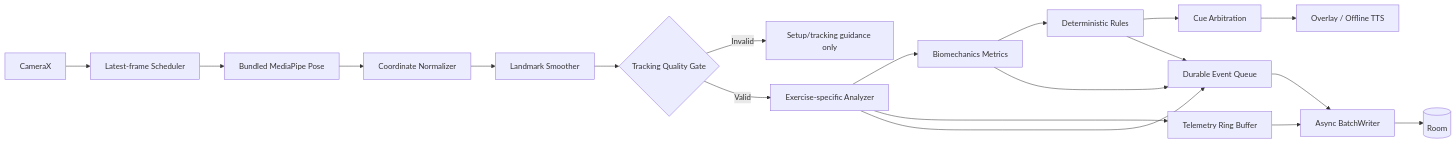
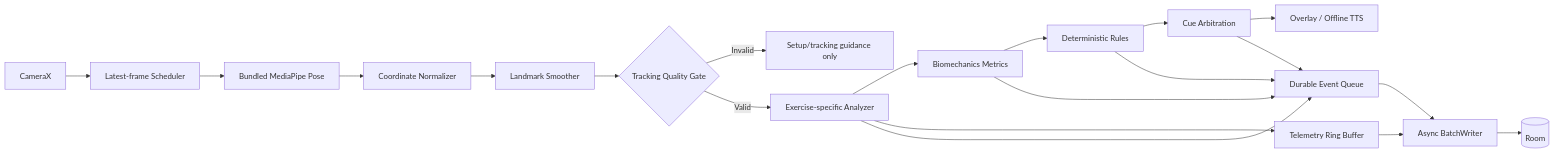
The sixth of 7 diagrams in docs/uml/OVERVIEW.md (lazerta/gym-buddy), drawn with Mermaid before and after one commit. The commit also changed other lines of this file, not shown here.

Commit message:
UML v0.6: sync overview with final review candidate

````diff
--- a/docs/uml/OVERVIEW.md
+++ b/docs/uml/OVERVIEW.md
@@ -307,22 +330,23 @@
 ```mermaid
 flowchart LR
     C[CameraX] --> F[Latest-frame Scheduler]
     F --> P[Bundled MediaPipe Pose]
     P --> N[Coordinate Normalizer]
     N --> S[Landmark Smoother]
     S --> G{Tracking Quality Gate}
     G -- Invalid --> X[Setup/tracking guidance only]
     G -- Valid --> A[Exercise-specific Analyzer]
     A --> M[Biomechanics Metrics]
     M --> R[Deterministic Rules]
     R --> Q[Cue Arbitration]
     Q --> O[Overlay / Offline TTS]
 
     A --> T[Telemetry Ring Buffer]
     A --> D[Durable Event Queue]
     M --> D
     R --> D
+    Q --> D
     D --> W[Async BatchWriter]
     T --> W
     W --> DB[(Room)]
 ```
````
